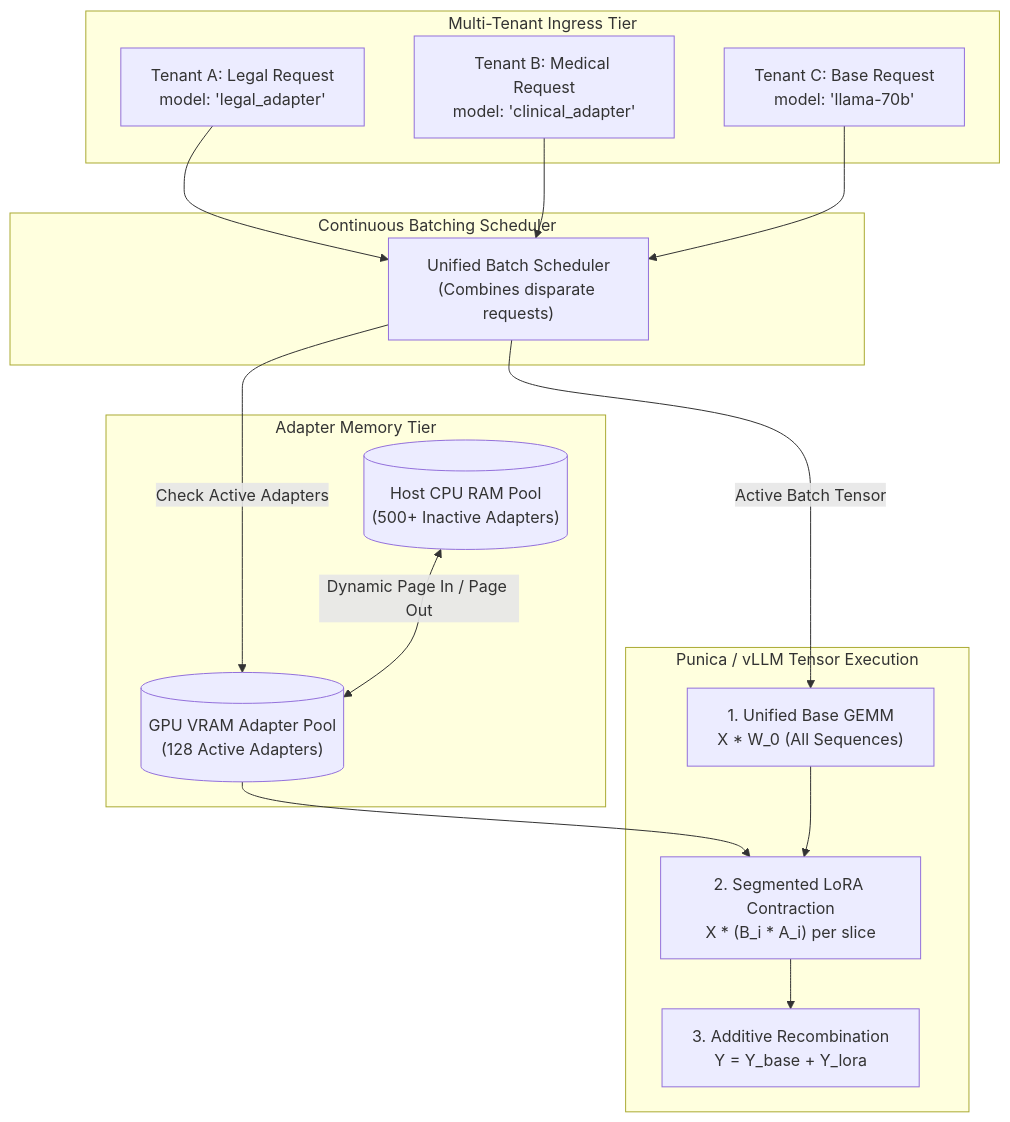
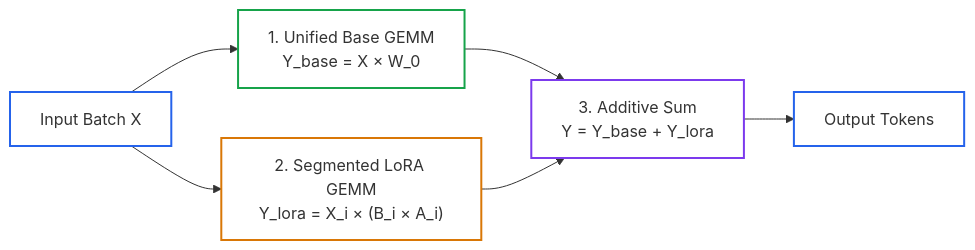
One commit to dip4k/senior-engineer-to-ai-engineer-roadmap changed the second of 2 diagrams in 07-production-deployment-and-llmops/06-dynamic-multi-lora-adapter-serving.md. Above: the diagram before and after it, drawn with Mermaid. The commit also changed other lines of this file and 49 other files, not shown here.

First line of the commit message:
feat(curriculum): complete 2026 refactoring across roadmaps, use-cases, labs, and agent-forge

````diff
--- a/07-production-deployment-and-llmops/06-dynamic-multi-lora-adapter-serving.md
+++ b/07-production-deployment-and-llmops/06-dynamic-multi-lora-adapter-serving.md
@@ -245,38 +123,14 @@
 ```mermaid
-flowchart TD
-    subgraph Ingress["Multi-Tenant Ingress Tier"]
-        ReqA["Tenant A: Legal Request<br/>model: 'legal_adapter'"]
-        ReqB["Tenant B: Medical Request<br/>model: 'clinical_adapter'"]
-        ReqC["Tenant C: Base Request<br/>model: 'llama-70b'"]
-    end
+flowchart LR
+    Batch["Input Batch X"] --> BaseGEMM["1. Unified Base GEMM<br/>Y_base = X × W_0"]
+    Batch --> SegGEMM["2. Segmented LoRA GEMM<br/>Y_lora = X_i × (B_i × A_i)"]
+    BaseGEMM --> Add["3. Additive Sum<br/>Y = Y_base + Y_lora"]
+    SegGEMM --> Add
+    Add --> Out["Output Tokens"]
 
-    subgraph Scheduler["Continuous Batching Scheduler"]
-        Admission["Unified Batch Scheduler<br/>(Combines disparate requests)"]
-    end
-
-    subgraph MemoryTier["Adapter Memory Tier"]
-        HostRAM[("Host CPU RAM Pool<br/>(500+ Inactive Adapters)")]
-        GPUPool[("GPU VRAM Adapter Pool<br/>(128 Active Adapters)")]
-        HostRAM <-->|"Dynamic Page In / Page Out"| GPUPool
-    end
-
-    subgraph ExecutionEngine["Punica / vLLM Tensor Execution"]
-        BaseGEMM["1. Unified Base GEMM<br/>X * W_0 (All Sequences)"]
-        SegGEMM["2. Segmented LoRA Contraction<br/>X * (B_i * A_i) per slice"]
-        Sum["3. Additive Recombination<br/>Y = Y_base + Y_lora"]
-    end
-
-    ReqA --> Admission
-    ReqB --> Admission
-    ReqC --> Admission
-
-    Admission -->|"Check Active Adapters"| GPUPool
-    Admission -->|"Active Batch Tensor"| BaseGEMM
-    BaseGEMM --> SegGEMM
-    GPUPool --> SegGEMM
-    SegGEMM --> Sum
-
-    Ingress ~~~ Scheduler
-    Scheduler ~~~ MemoryTier
-    MemoryTier ~~~ ExecutionEngine
+    style Batch stroke:#2563eb,stroke-width:2px,fill:none
+    style BaseGEMM stroke:#16a34a,stroke-width:2px,fill:none
+    style SegGEMM stroke:#d97706,stroke-width:2px,fill:none
+    style Add stroke:#7c3aed,stroke-width:2px,fill:none
+    style Out stroke:#2563eb,stroke-width:2px,fill:none
 ```
````
